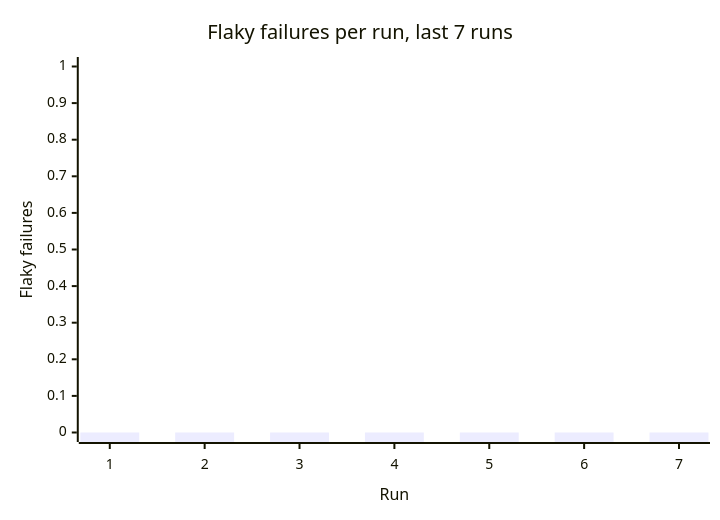
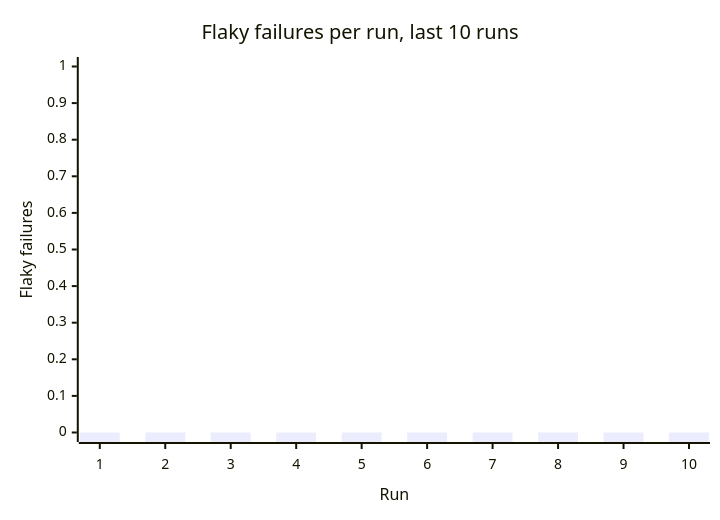
Before and after one commit to Shirojoufu/Service-Template: the second of 3 diagrams in reports/summary.md, drawn with Mermaid. The commit also changed other lines of this file and 5 other files, not shown here.

````diff
--- a/reports/summary.md
+++ b/reports/summary.md
@@ -25,7 +25,7 @@
 ```mermaid
 xychart-beta
-    title "Flaky failures per run, last 7 runs"
-    x-axis "Run" [1, 2, 3, 4, 5, 6, 7]
+    title "Flaky failures per run, last 10 runs"
+    x-axis "Run" [1, 2, 3, 4, 5, 6, 7, 8, 9, 10]
     y-axis "Flaky failures" 0 --> 1
-    bar [0, 0, 0, 0, 0, 0, 0]
+    bar [0, 0, 0, 0, 0, 0, 0, 0, 0, 0]
 ```
````
